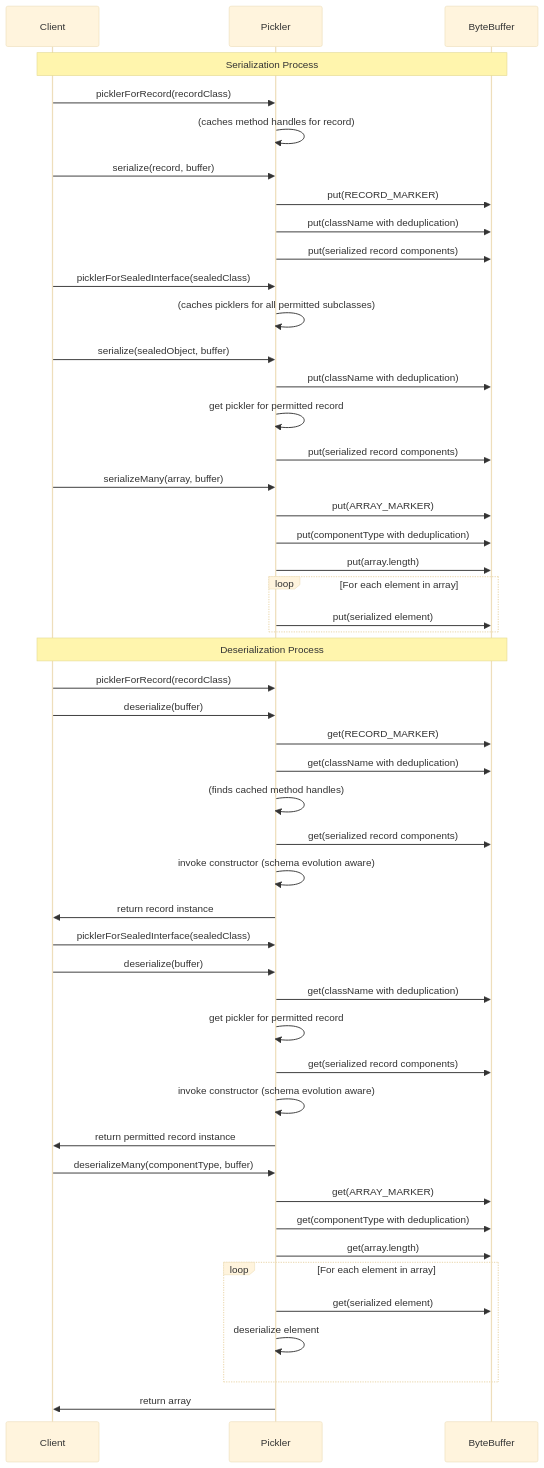
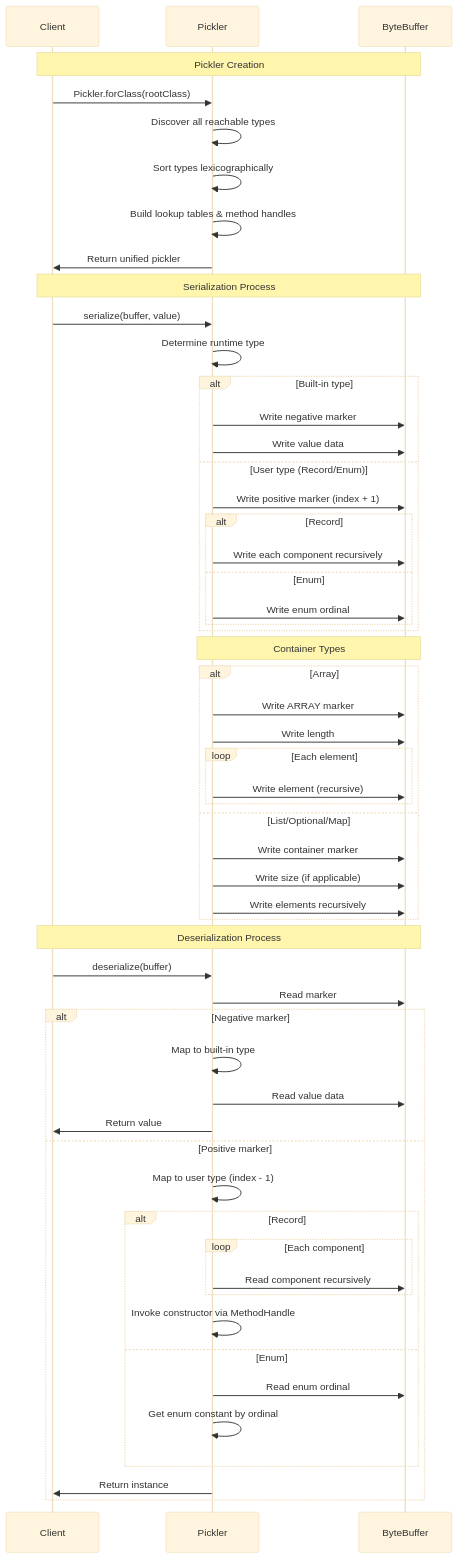
Before and after one commit to simbo1905/simple-pickle: the diagram in README.md, drawn with Mermaid (base theme). The commit also changed other lines of this file and 13 other files, not shown here.

````diff
--- a/README.md
+++ b/README.md
@@ -483,67 +453,70 @@
 ```mermaid
 sequenceDiagram
     participant Client
     participant Pickler
     participant ByteBuffer
 
+    %% --- Initialization Phase ---
+    Note over Client, ByteBuffer: Pickler Creation
+    
+    Client->>Pickler: Pickler.forClass(rootClass)
+    Pickler->>Pickler: Discover all reachable types
+    Pickler->>Pickler: Sort types lexicographically
+    Pickler->>Pickler: Build lookup tables & method handles
+    Pickler->>Client: Return unified pickler
+
     %% --- Serialization Phase ---
     Note over Client, ByteBuffer: Serialization Process
 
-    %% 1. Record serialization
-    Client->>Pickler: picklerForRecord(recordClass)
-    Pickler->>Pickler: (caches method handles for record)
-    Client->>Pickler: serialize(record, buffer)
-    Pickler->>ByteBuffer: put(RECORD_MARKER)
-    Pickler->>ByteBuffer: put(className with deduplication)
-    Pickler->>ByteBuffer: put(serialized record components)
+    %% 1. Value type serialization
+    Client->>Pickler: serialize(buffer, value)
+    Pickler->>Pickler: Determine runtime type
+    alt Built-in type
+        Pickler->>ByteBuffer: Write negative marker
+        Pickler->>ByteBuffer: Write value data
+    else User type (Record/Enum)
+        Pickler->>ByteBuffer: Write positive marker (index + 1)
+        alt Record
+            Pickler->>ByteBuffer: Write each component recursively
+        else Enum
+            Pickler->>ByteBuffer: Write enum ordinal
+        end
+    end
 
-    %% 2. Sealed interface serialization
-    Client->>Pickler: picklerForSealedInterface(sealedClass)
-    Pickler->>Pickler: (caches picklers for all permitted subclasses)
-    Client->>Pickler: serialize(sealedObject, buffer)
-    Pickler->>ByteBuffer: put(className with deduplication)
-    Pickler->>Pickler: get pickler for permitted record
-    Pickler->>ByteBuffer: put(serialized record components)
-
-    %% 3. Many serialization
-    Client->>Pickler: serializeMany(array, buffer)
-    Pickler->>ByteBuffer: put(ARRAY_MARKER)
-    Pickler->>ByteBuffer: put(componentType with deduplication)
-    Pickler->>ByteBuffer: put(array.length)
-    loop For each element in array
-        Pickler->>ByteBuffer: put(serialized element)
+    %% 2. Container serialization
+    Note over Pickler, ByteBuffer: Container Types
+    alt Array
+        Pickler->>ByteBuffer: Write ARRAY marker
+        Pickler->>ByteBuffer: Write length
+        loop Each element
+            Pickler->>ByteBuffer: Write element (recursive)
+        end
+    else List/Optional/Map
+        Pickler->>ByteBuffer: Write container marker
+        Pickler->>ByteBuffer: Write size (if applicable)
+        Pickler->>ByteBuffer: Write elements recursively
     end
 
     %% --- Deserialization Phase ---
     Note over Client, ByteBuffer: Deserialization Process
 
-    %% 4. Record deserialization
-    Client->>Pickler: picklerForRecord(recordClass)
     Client->>Pickler: deserialize(buffer)
-    Pickler->>ByteBuffer: get(RECORD_MARKER)
-    Pickler->>ByteBuffer: get(className with deduplication)
-    Pickler->>Pickler: (finds cached method handles)
-    Pickler->>ByteBuffer: get(serialized record components)
-    Pickler->>Pickler: invoke constructor (schema evolution aware)
-    Pickler->>Client: return record instance
-
-    %% 5. Sealed interface deserialization
-    Client->>Pickler: picklerForSealedInterface(sealedClass)
-    Client->>Pickler: deserialize(buffer)
-    Pickler->>ByteBuffer: get(className with deduplication)
-    Pickler->>Pickler: get pickler for permitted record
-    Pickler->>ByteBuffer: get(serialized record components)
-    Pickler->>Pickler: invoke constructor (schema evolution aware)
-    Pickler->>Client: return permitted record instance
-
-    %% 6. Many deserialization
-    Client->>Pickler: deserializeMany(componentType, buffer)
-    Pickler->>ByteBuffer: get(ARRAY_MARKER)
-    Pickler->>ByteBuffer: get(componentType with deduplication)
-    Pickler->>ByteBuffer: get(array.length)
-    loop For each element in array
-        Pickler->>ByteBuffer: get(serialized element)
-        Pickler->>Pickler: deserialize element
+    Pickler->>ByteBuffer: Read marker
+    alt Negative marker
+        Pickler->>Pickler: Map to built-in type
+        Pickler->>ByteBuffer: Read value data
+        Pickler->>Client: Return value
+    else Positive marker
+        Pickler->>Pickler: Map to user type (index - 1)
+        alt Record
+            loop Each component
+                Pickler->>ByteBuffer: Read component recursively
+            end
+            Pickler->>Pickler: Invoke constructor via MethodHandle
+        else Enum
+            Pickler->>ByteBuffer: Read enum ordinal
+            Pickler->>Pickler: Get enum constant by ordinal
+        end
+        Pickler->>Client: Return instance
     end
-    Pickler->>Client: return array
 ```
````
